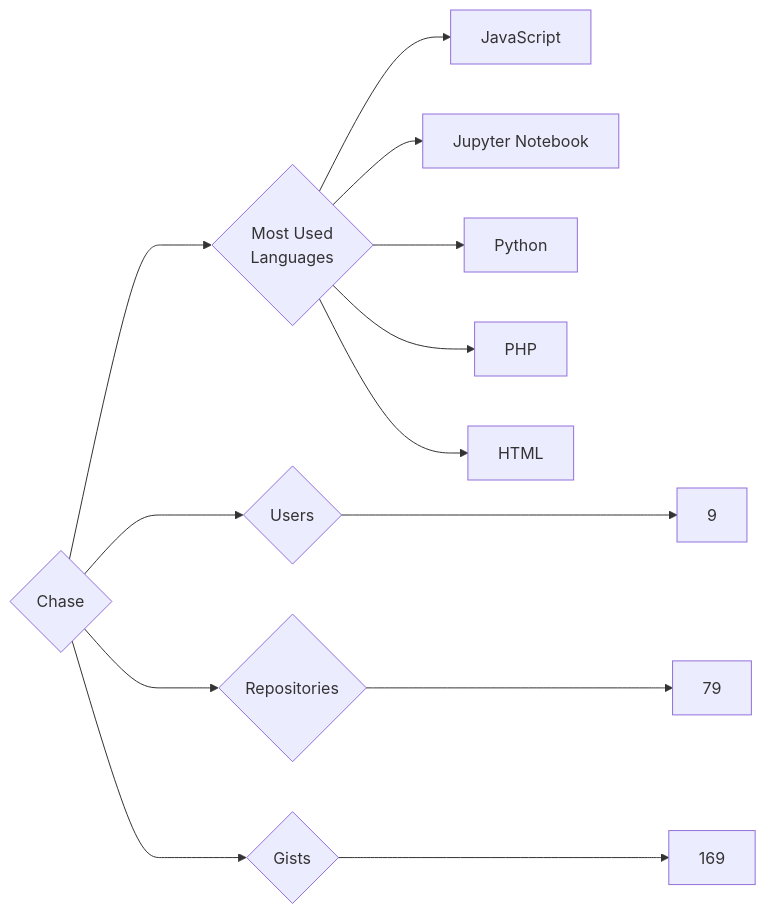
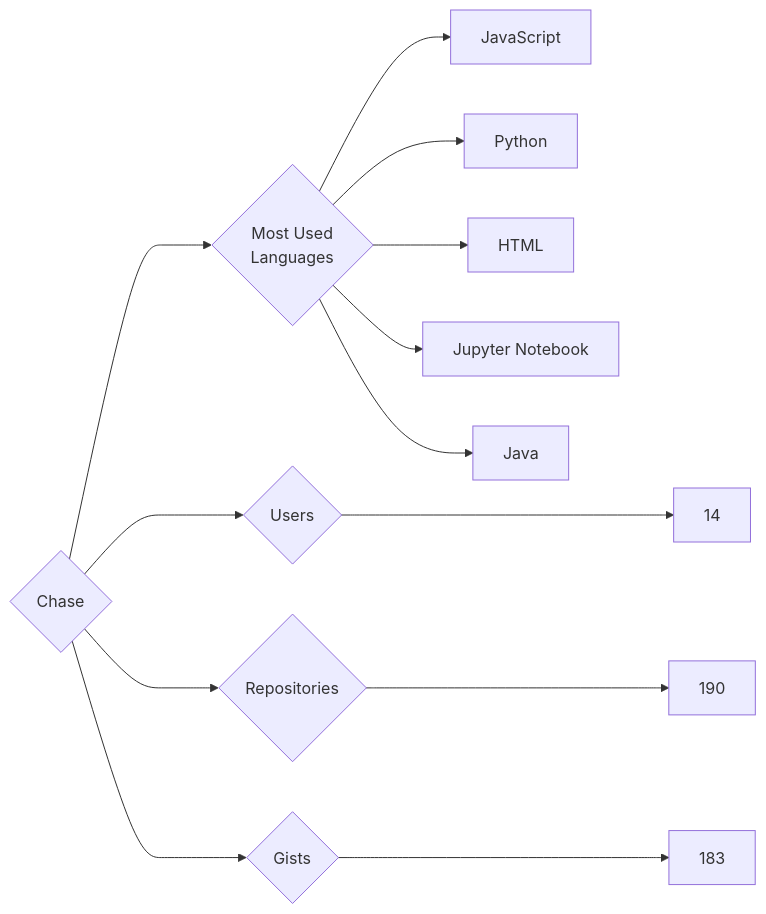
Before and after one commit to trickest/insiders: the diagram in targets/Chase/README.md, drawn with Mermaid. The commit also changed 693 other files, not shown here.

````diff
--- a/targets/Chase/README.md
+++ b/targets/Chase/README.md
@@ -3,13 +3,13 @@
 ```mermaid
 graph LR
 COMPANY_NAME{Chase}
-COMPANY_NAME ---> U{Users} ---> UN[9]
-COMPANY_NAME ---> R{Repositories} ---> RN[79]
-COMPANY_NAME ---> G{Gists} ---> GN[169]
+COMPANY_NAME ---> U{Users} ---> UN[14]
+COMPANY_NAME ---> R{Repositories} ---> RN[190]
+COMPANY_NAME ---> G{Gists} ---> GN[183]
 COMPANY_NAME ---> ML{Most Used<br>Languages}
 ML --> JavaScript[JavaScript]
+ML --> Python[Python]
+ML --> HTML[HTML]
 ML --> Jupyter_Notebook[Jupyter Notebook]
-ML --> Python[Python]
-ML --> PHP[PHP]
-ML --> HTML[HTML]
+ML --> Java[Java]
 ```
````
